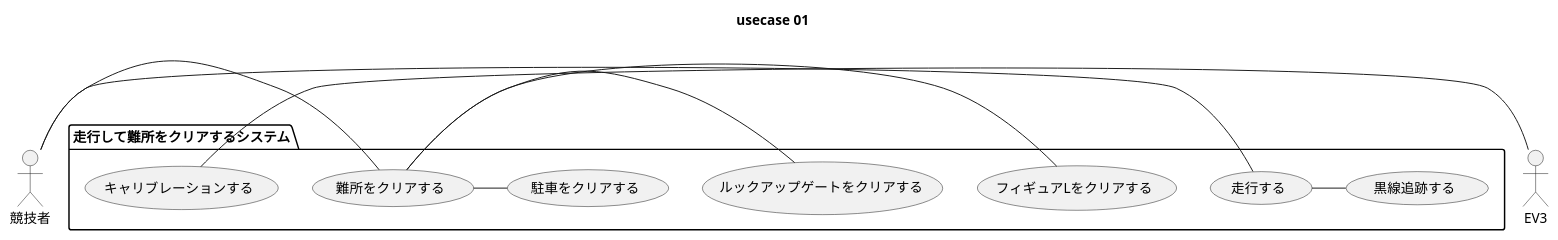
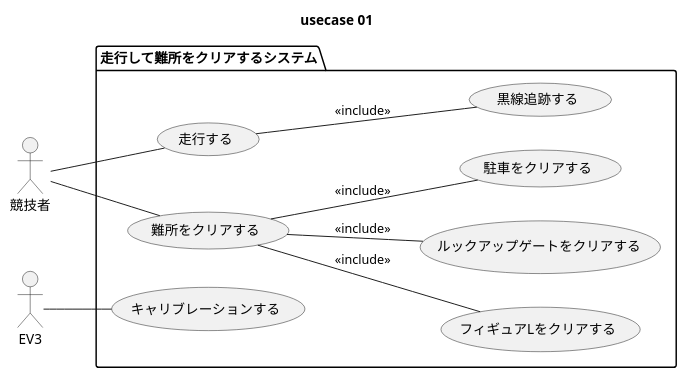
Before and after one commit to SLP-KBIT/ETR2015: the diagram in diagram/usecase/01/usecase.pu, drawn with PlantUML. The commit also changed 1 other file, not shown here.

```diff
--- a/diagram/usecase/01/usecase.pu
+++ b/diagram/usecase/01/usecase.pu
@@ -1,27 +1,29 @@
 @startuml
 
 title usecase 01
 
 actor 競技者 as user
 actor EV3 as robo
 
+left to right direction
+
 package "走行して難所をクリアするシステム" {
-    
+
     usecase 走行する as run
     usecase 難所をクリアする as obs
     usecase キャリブレーションする as calib
     usecase 黒線追跡する as black
     usecase フィギュアLをクリアする as figy
     usecase ルックアップゲートをクリアする as gate
     usecase 駐車をクリアする as park
 }
 
-user - run
-user - obs
-robo - calib
-run - black <<include>>
-obs - figy <<include>>
-obs - gate <<include>>
-obs - park <<include>>
+user -- run
+user -- obs
+robo -- calib
+run  -- black : <<include>>
+obs  -- figy  : <<include>>
+obs  -- gate  : <<include>>
+obs  -- park  : <<include>>
 
 @enduml
```
